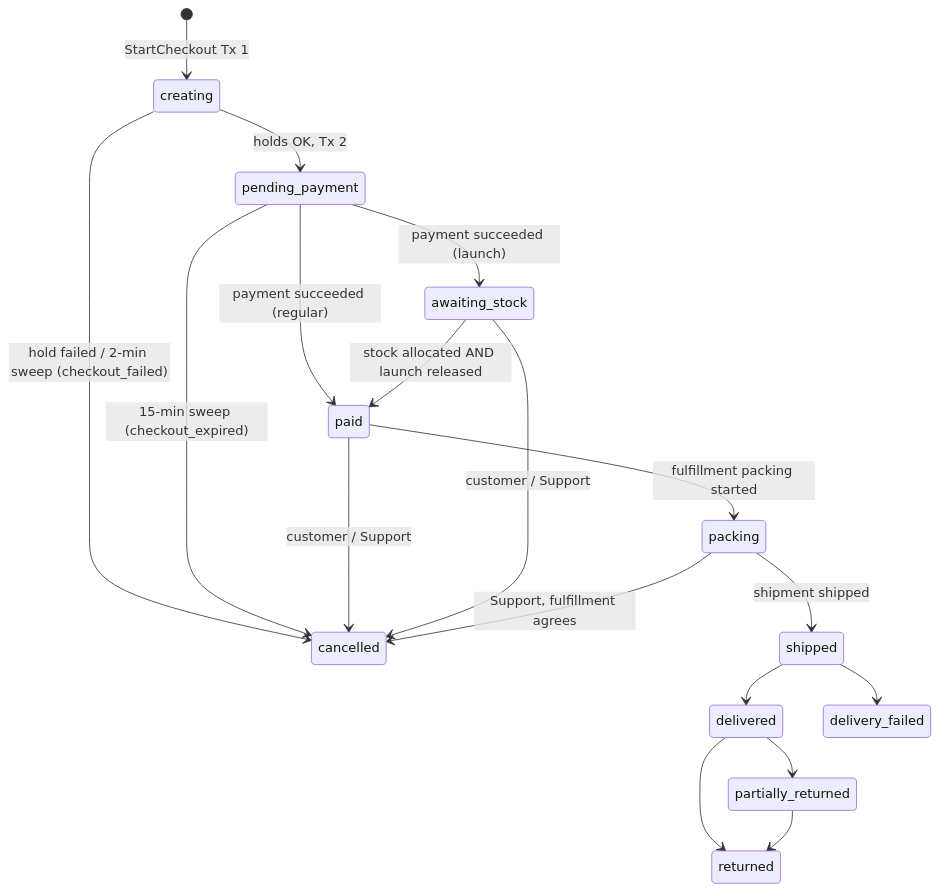
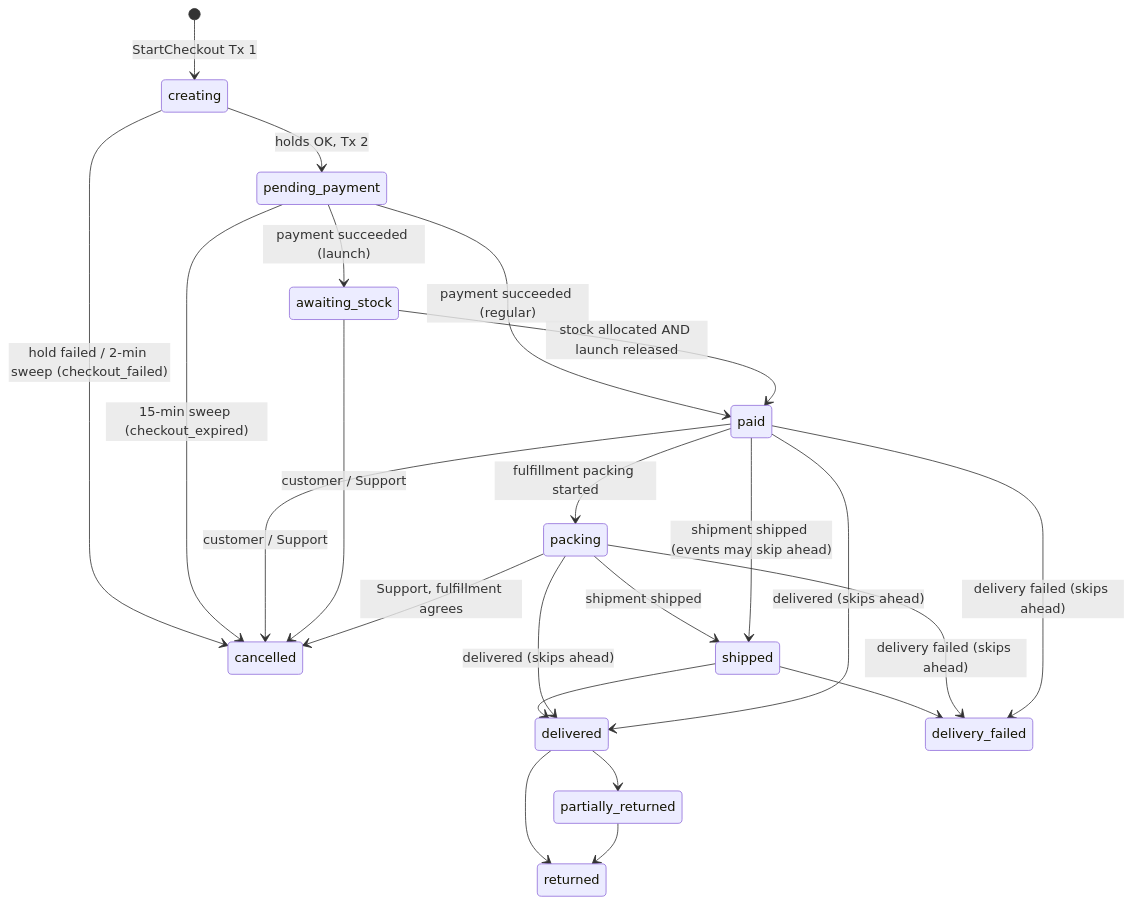
The diagram in doc/low-level-design/03-order.md (Datnguynx110605/Bloom_Server), drawn with Mermaid before and after one commit. The commit also changed other lines of this file, not shown here.

````diff
--- a/doc/low-level-design/03-order.md
+++ b/doc/low-level-design/03-order.md
@@ -231,20 +242,25 @@
 ```mermaid
 stateDiagram-v2
     [*] --> creating : StartCheckout Tx 1
     creating --> pending_payment : holds OK, Tx 2
     creating --> cancelled : hold failed / 2-min sweep (checkout_failed)
     pending_payment --> paid : payment succeeded (regular)
     pending_payment --> awaiting_stock : payment succeeded (launch)
     pending_payment --> cancelled : 15-min sweep (checkout_expired)
     awaiting_stock --> paid : stock allocated AND launch released
     paid --> packing : fulfillment packing started
     paid --> cancelled : customer / Support
     awaiting_stock --> cancelled : customer / Support
     packing --> cancelled : Support, fulfillment agrees
     packing --> shipped : shipment shipped
+    paid --> shipped : shipment shipped (events may skip ahead)
     shipped --> delivered
+    packing --> delivered : delivered (skips ahead)
+    paid --> delivered : delivered (skips ahead)
     shipped --> delivery_failed
+    packing --> delivery_failed : delivery failed (skips ahead)
+    paid --> delivery_failed : delivery failed (skips ahead)
     delivered --> partially_returned
     delivered --> returned
     partially_returned --> returned
 ```
````
